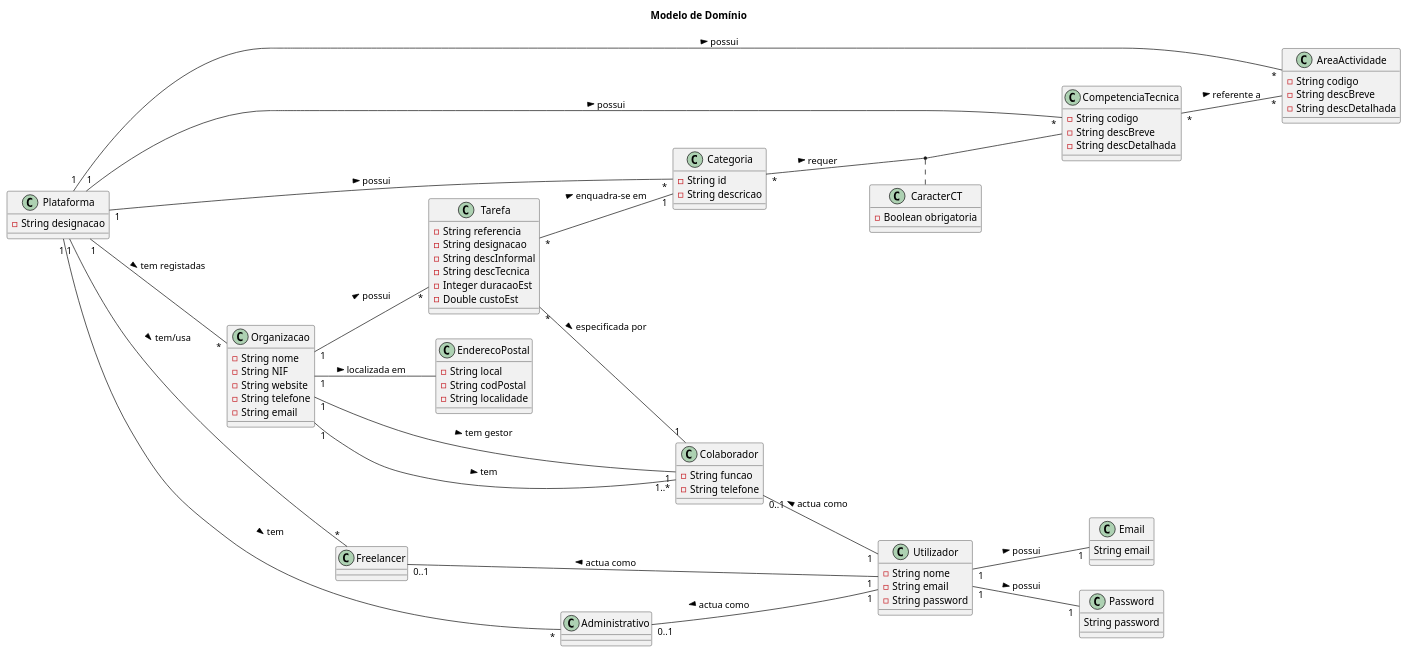
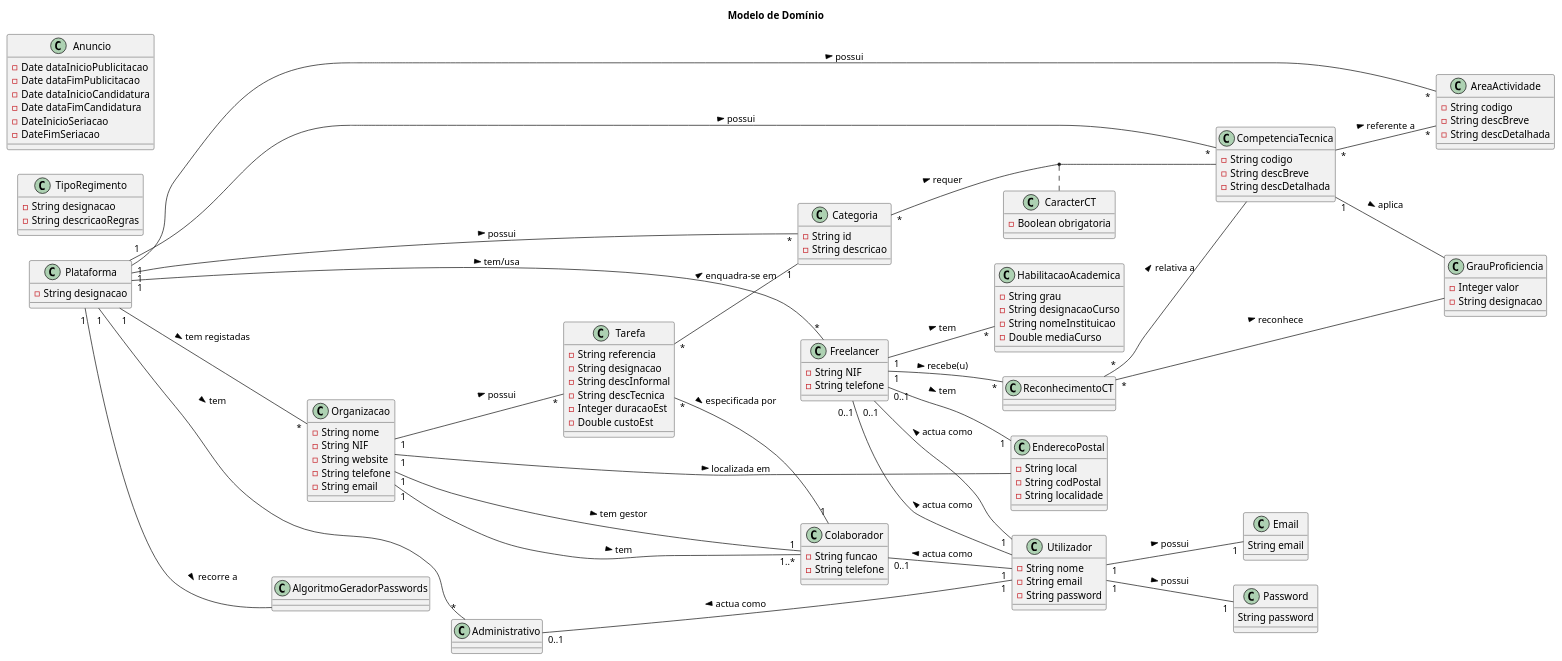
Before and after one commit to blestonbandeiraUPSKILL/upskill_java1_labprg_grupo2: the diagram in Documentação/Sprint 3/Modelo_Dominio.puml, drawn with PlantUML. The commit also changed 1 other file, not shown here.

```diff
--- a/Documentação/Sprint 3/Modelo_Dominio.puml
+++ b/Documentação/Sprint 3/Modelo_Dominio.puml
@@ -1,100 +1,140 @@
 @startuml
 title Modelo de Domínio
 
 left to right direction
 class Plataforma {
     -String designacao
 }
 
 class AreaActividade {
     -String codigo
     -String descBreve
     -String descDetalhada
 }
 
 class CompetenciaTecnica {
     -String codigo
     -String descBreve
     -String descDetalhada
 }
 
 class Organizacao {
     -String nome
     -String NIF
     -String website
     -String telefone
     -String email
 }
 
+class TipoRegimento {
+    -String designacao
+    -String descricaoRegras
+}
 class Tarefa {
     -String referencia
     -String designacao
     -String descInformal
     -String descTecnica
     -Integer duracaoEst
     -Double custoEst
 }
 
 class CaracterCT {
     -Boolean obrigatoria
 }
 
 class Categoria {
     -String id
     -String descricao 
 }
 
 class Colaborador {
     -String funcao
     -String telefone
 }
 
 class EnderecoPostal {
     -String local
     -String codPostal
     -String localidade
 }
 
 class Freelancer {
+    -String NIF
+    -String telefone
+}
+
+class GrauProficiencia   {
+    -Integer valor
+    -String designacao
+}
+
+class ReconhecimentoCT {
+}
+
+class HabilitacaoAcademica {
+    -String grau
+    -String designacaoCurso
+    -String nomeInstituicao
+    -Double mediaCurso
 }
 
 class Administrativo {
 }
 
 class Utilizador {
     -String nome
     -String email
     -String password
 }
 
 class Password {
     String password
 }
 
 class Email {
     String email
+}
+
+class AlgoritmoGeradorPasswords {
+    
+}
+
+class Anuncio {
+    -Date dataInicioPublicitacao
+    -Date dataFimPublicitacao
+    -Date dataInicioCandidatura
+    -Date dataFimCandidatura
+    -DateInicioSeriacao
+    -DateFimSeriacao
 }
 
 Plataforma"1" -- "*"Organizacao: tem registadas >
 Plataforma"1" -- "*"Freelancer: tem/usa >
 Plataforma"1" -- "*"Administrativo: tem >
 Plataforma"1" -- "*"AreaActividade: possui >
 Plataforma"1" -- "*"CompetenciaTecnica: possui >
 Plataforma"1" -- "*"Categoria: possui >
 Tarefa"*" -- "1"Categoria: enquadra-se em >
 Tarefa"*" -- "1"Colaborador: especificada por >
 CompetenciaTecnica"*" -- "*"AreaActividade: referente a >
 Organizacao"1" -- "*"Tarefa: possui >
 Organizacao"1" -- EnderecoPostal: localizada em >
 Organizacao"1" -- "1"Colaborador: tem gestor >
 Organizacao"1" -- "1..*"Colaborador: tem >
 Freelancer"0..1" -- "1"Utilizador: actua como <
 Administrativo"0..1" -- "1"Utilizador: actua como <
 Colaborador"0..1" -- "1"Utilizador: actua como <
 Categoria"*" -- CompetenciaTecnica: requer >
 (Categoria, CompetenciaTecnica) . CaracterCT
 Utilizador"1" -- "1"Email: possui >
 Utilizador"1" -- "1"Password: possui >
-
-
+Freelancer"0..1" -- "1"EnderecoPostal: tem >
+Freelancer"1" -- "*"ReconhecimentoCT: recebe(u) >
+Freelancer"1" -- "*"HabilitacaoAcademica: tem >
+Freelancer"0..1" -- Utilizador: actua como <
+Plataforma"1" -- AlgoritmoGeradorPasswords: recorre a >
+ReconhecimentoCT"*" -- CompetenciaTecnica: relativa a >
+ReconhecimentoCT"*" -- GrauProficiencia: reconhece >
+CompetenciaTecnica"1" -- GrauProficiencia: aplica >
 @enduml
```
